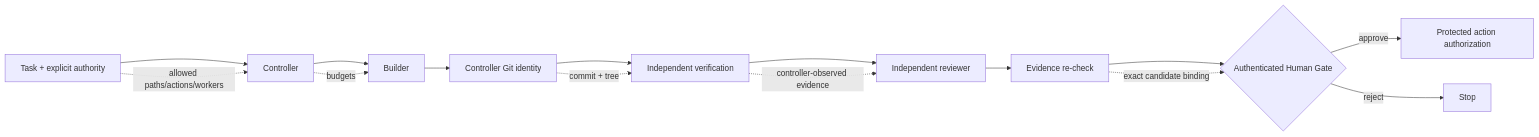
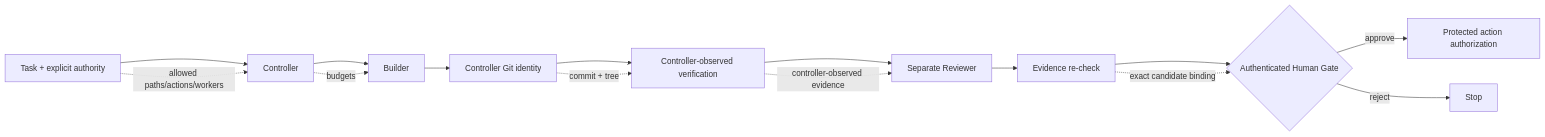
The diagram in README.md (steerion-labs/bounded-agent-runtime), drawn with Mermaid before and after one commit. The commit also changed other lines of this file and 17 other files, not shown here.

````diff
--- a/README.md
+++ b/README.md
@@ -29,18 +29,18 @@
 ```mermaid
 flowchart LR
     T[Task + explicit authority] --> C[Controller]
     C --> B[Builder]
     B --> G[Controller Git identity]
-    G --> V[Independent verification]
-    V --> R[Independent reviewer]
+    G --> V[Controller-observed verification]
+    V --> R[Separate Reviewer]
     R --> E[Evidence re-check]
     E --> H{Authenticated Human Gate}
     H -->|approve| A[Protected action authorization]
     H -->|reject| X[Stop]
 
     C -. budgets .-> B
     T -. allowed paths/actions/workers .-> C
     G -. commit + tree .-> V
     V -. controller-observed evidence .-> R
     E -. exact candidate binding .-> H
 ```
````
